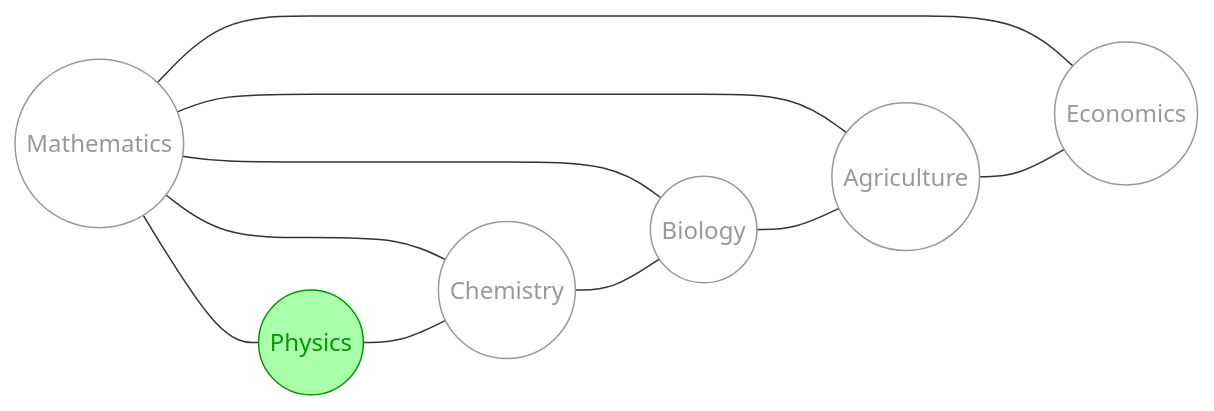
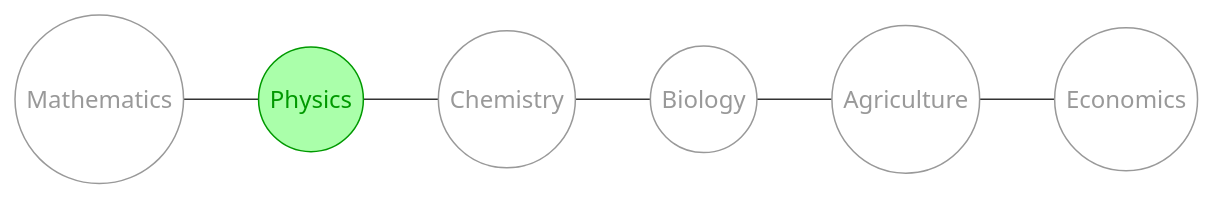
One commit to dudung/moparc changed the diagram in maps/README.md. Above: the diagram before and after it, drawn with Mermaid. The commit also changed other lines of this file, not shown here.

Commit message:
resimplify

````diff
--- a/maps/README.md
+++ b/maps/README.md
@@ -6,25 +6,24 @@
 ```mermaid
 flowchart LR
   %% links
-  math --- phys & chem & biol & agri & econ
-  phys --- chem --- biol --- agri  --- econ
+  math --- phys --- chem --- biol --- agri  --- econ
   agri(( Agriculture ))
   biol(( Biology ))
   chem(( Chemistry ))
   econ(( Economics ))
   math(( Mathematics ))
   phys(( Physics ))
   %% pages
   click agri "https://github.com/dudung/moparc/tree/main/maps/agri/README.md" _self
   click astr "https://github.com/dudung/moparc/tree/main/maps/astr/README.md" _self
   click biol "https://github.com/dudung/moparc/tree/main/maps/biol/README.md" _self
   click chem "https://github.com/dudung/moparc/tree/main/maps/chem/README.md" _self
   click econ "https://github.com/dudung/moparc/tree/main/maps/econ/README.md" _self
   click math "https://github.com/dudung/moparc/tree/main/maps/math/README.md" _self
   click phys "https://github.com/dudung/moparc/tree/main/maps/phys/README.md" _self
   %% styles
   classDef default fill:#fff,stroke:#999,stroke-width:1px,color:#999;
   classDef prev fill:#fcc,stroke:#900,stroke-width:1px,color:#900;
   classDef next fill:#afa,stroke:#090,stroke-width:1px,color:#090;
   class phys next;
 ```
````
